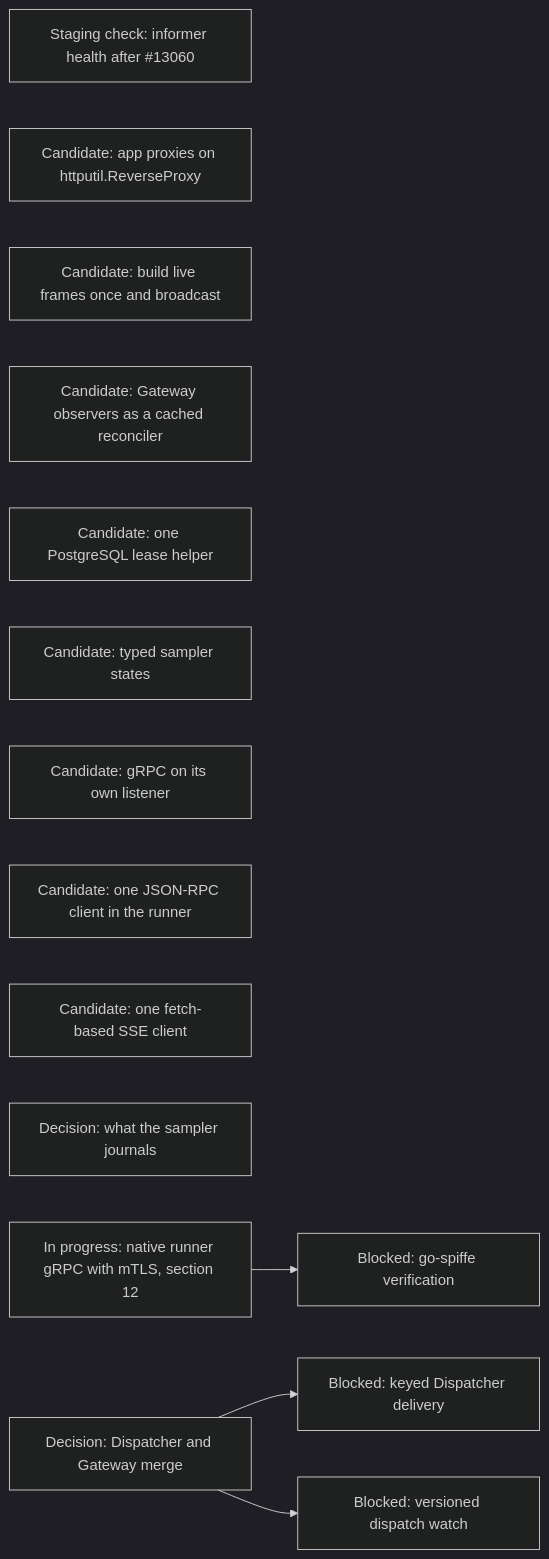
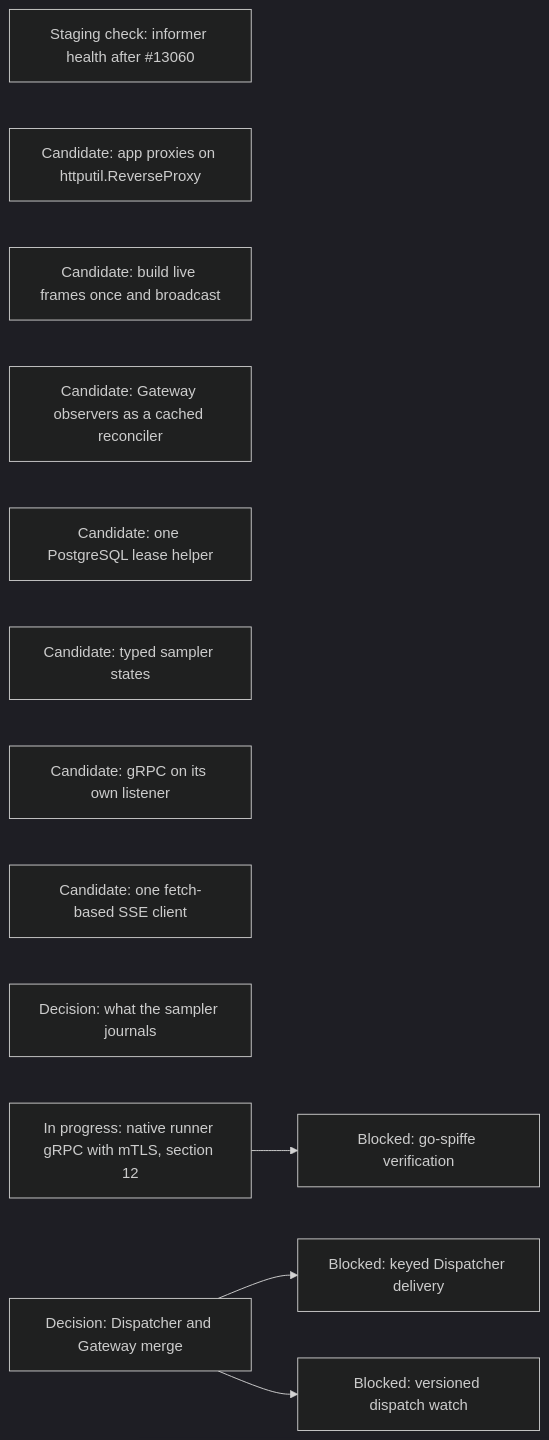
One commit to agentydragon/ducktape changed diagram 18 of 18 in agentplane/plans/task_dag.md. Above: the diagram before and after it, drawn with Mermaid (dark theme). The commit also changed other lines of this file and 14 other files, not shown here.

First line of the commit message:
agentplane runner: one JSON-RPC envelope for the exec-server and Codex app-server clients

````diff
--- a/agentplane/plans/task_dag.md
+++ b/agentplane/plans/task_dag.md
@@ -1924,16 +1924,15 @@
 ```mermaid
 flowchart LR
     KUBERNETES_NATIVE_WATCH_HEALTH[Staging check: informer health after #13060]
     APP_PROXY_REVERSE_PROXY[Candidate: app proxies on httputil.ReverseProxy]
     APP_LIVE_FRAME_BROADCAST[Candidate: build live frames once and broadcast]
     GATEWAY_OBSERVER_RECONCILER[Candidate: Gateway observers as a cached reconciler]
     POSTGRES_LEASE_HELPER[Candidate: one PostgreSQL lease helper]
     SAMPLER_TYPED_STATE[Candidate: typed sampler states]
     GRPC_NATIVE_LISTENER[Candidate: gRPC on its own listener]
-    RUNNER_JSONRPC[Candidate: one JSON-RPC client in the runner]
     FRONTEND_SSE_CLIENT[Candidate: one fetch-based SSE client]
     SAMPLER_JOURNAL_DIET[Decision: what the sampler journals]
     RUNNER_CONTROL_TRANSPORT_DESIGN[In progress: native runner gRPC with mTLS, section 12] --> RUNNER_MTLS_GO_SPIFFE[Blocked: go-spiffe verification]
     DISPATCHER_PERSISTENCE_MODEL_DESIGN[Decision: Dispatcher and Gateway merge] --> DISPATCHER_KEYED_DELIVERY[Blocked: keyed Dispatcher delivery]
     DISPATCHER_PERSISTENCE_MODEL_DESIGN --> DISPATCHER_WATCH_VERSIONS[Blocked: versioned dispatch watch]
 ```
````
